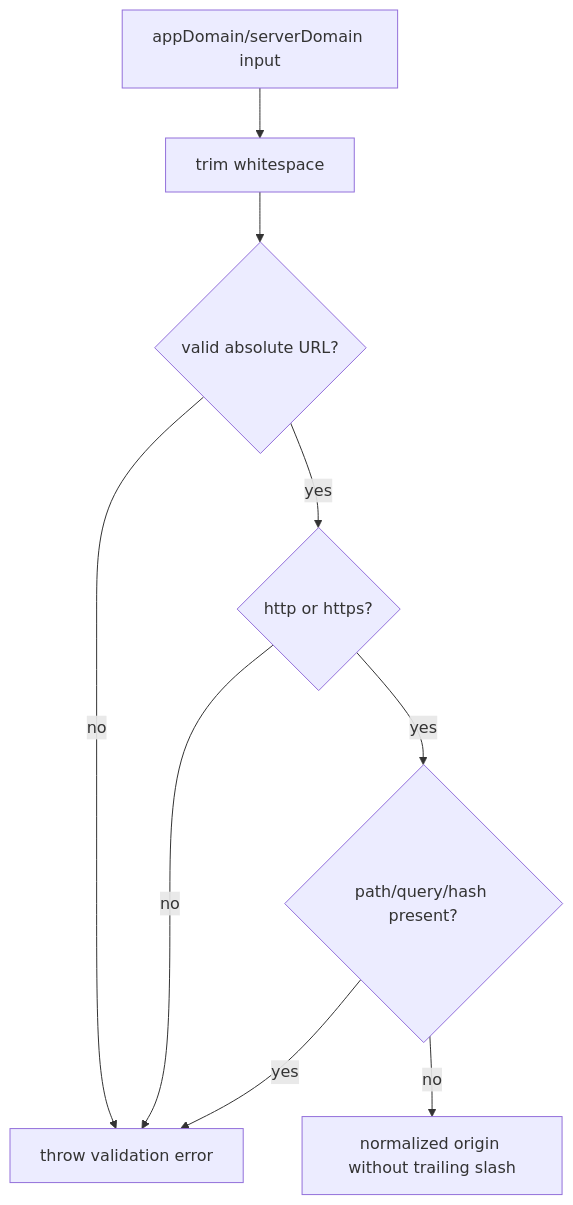
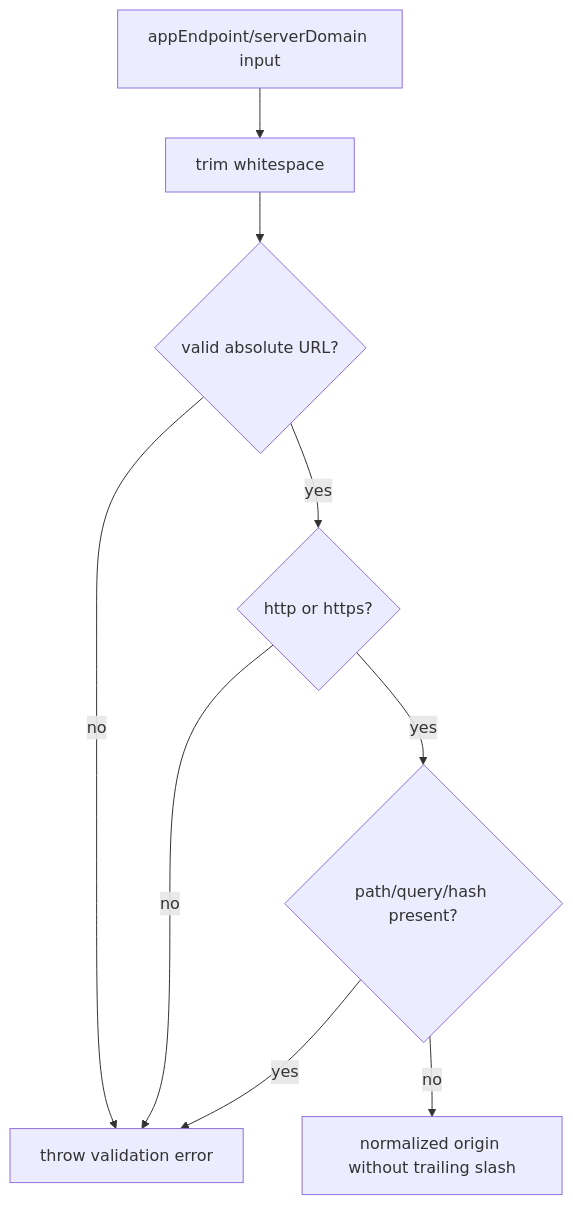
The diagram in doc/internals/daycare-app-endpoint-normalization.md (ex3ndr/daycare), drawn with Mermaid before and after one commit. The commit also changed other lines of this file and 12 other files, not shown here.

Commit message:
feat(app-link): rename appDomain to appEndpoint and default to daycare.dev

````diff
--- a/doc/internals/daycare-app-endpoint-normalization.md
+++ b/doc/internals/daycare-app-endpoint-normalization.md
@@ -11,11 +12,11 @@
 ```mermaid
 flowchart TD
-  Input[appDomain/serverDomain input] --> Trim[trim whitespace]
+  Input[appEndpoint/serverDomain input] --> Trim[trim whitespace]
   Trim --> Parse{valid absolute URL?}
   Parse -->|no| Error[throw validation error]
   Parse -->|yes| Scheme{http or https?}
   Scheme -->|no| Error
   Scheme -->|yes| Shape{path/query/hash present?}
   Shape -->|yes| Error
   Shape -->|no| Out[normalized origin without trailing slash]
 ```
````
